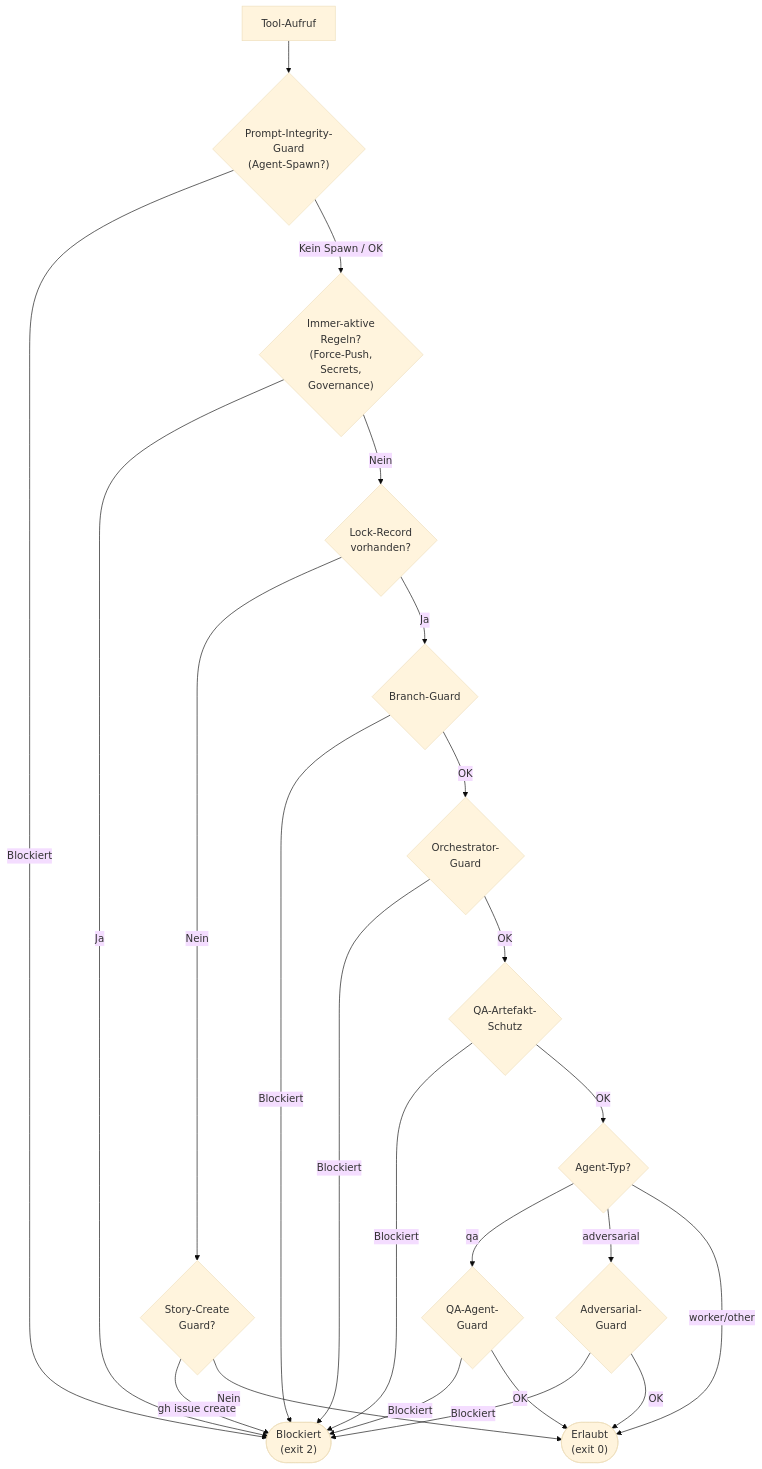
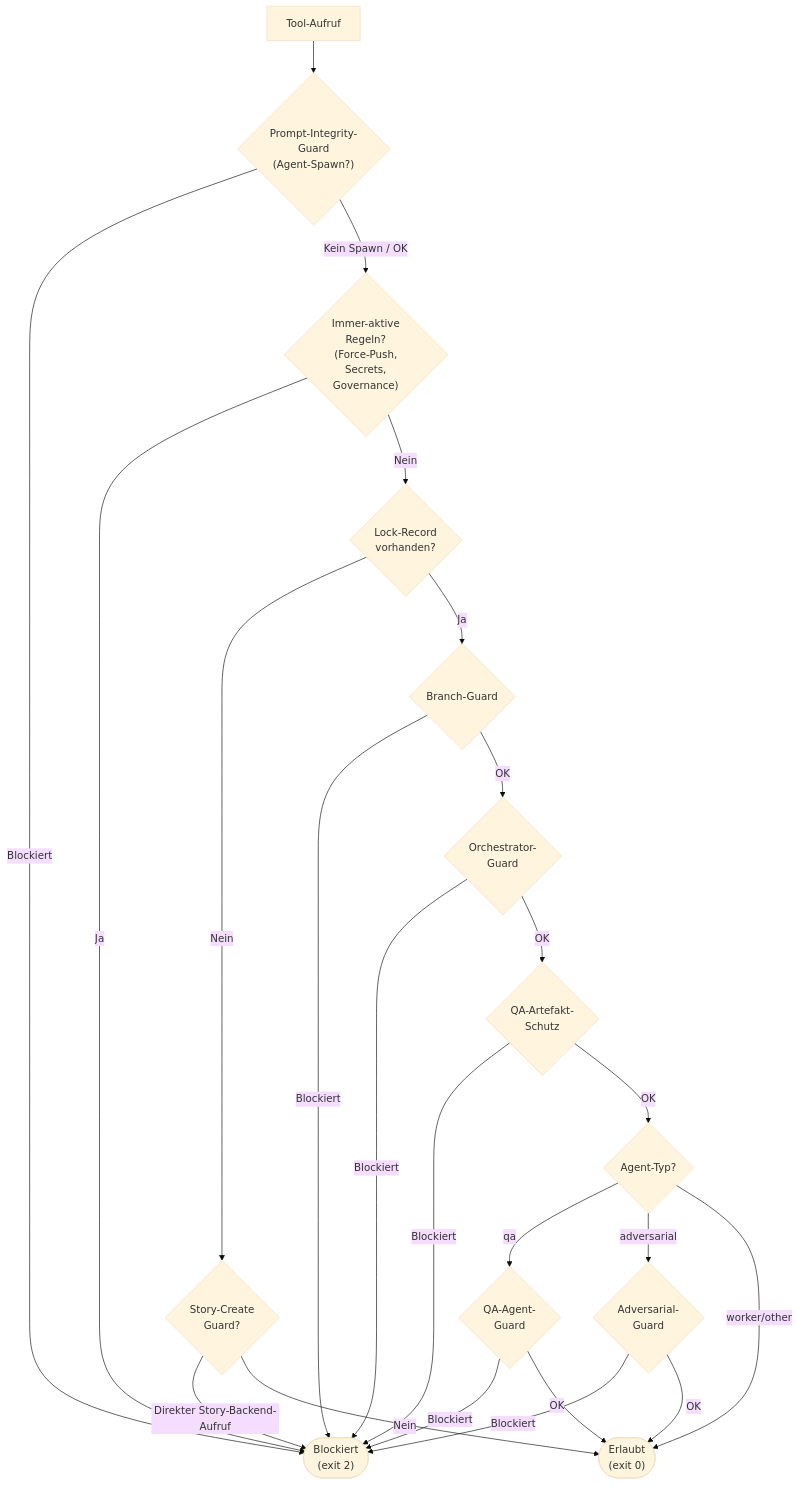
The diagram in concept/technical-design/31_branch_guard_orchestrator_guard_artefaktschutz.md (saltenhof/claude-agentkit3), drawn with Mermaid (base theme) before and after one commit. The commit also changed other lines of this file and 32 other files, not shown here.

First line of the commit message:
Konzept-Cleanup: GitHub Issues und GraphQL komplett entfernen

````diff
--- a/concept/technical-design/31_branch_guard_orchestrator_guard_artefaktschutz.md
+++ b/concept/technical-design/31_branch_guard_orchestrator_guard_artefaktschutz.md
@@ -646,31 +643,31 @@
 ```mermaid
 flowchart TD
     CALL["Tool-Aufruf"] --> PROMPT_INT{"Prompt-Integrity-<br/>Guard<br/>(Agent-Spawn?)"}
 
     PROMPT_INT -->|"Blockiert"| BLOCK(["Blockiert<br/>(exit 2)"])
     PROMPT_INT -->|"Kein Spawn / OK"| ALWAYS{"Immer-aktive<br/>Regeln?<br/>(Force-Push,<br/>Secrets,<br/>Governance)"}
 
     ALWAYS -->|"Ja"| BLOCK
     ALWAYS -->|"Nein"| SPERR{"Lock-Record<br/>vorhanden?"}
 
     SPERR -->|"Nein"| STORY_CREATE{"Story-Create<br/>Guard?"}
-    STORY_CREATE -->|"gh issue create"| BLOCK
+    STORY_CREATE -->|"Direkter Story-Backend-Aufruf"| BLOCK
     STORY_CREATE -->|"Nein"| PASS(["Erlaubt<br/>(exit 0)"])
 
     SPERR -->|"Ja"| BRANCH{"Branch-Guard"}
     BRANCH -->|"Blockiert"| BLOCK
     BRANCH -->|"OK"| ORCH{"Orchestrator-<br/>Guard"}
     ORCH -->|"Blockiert"| BLOCK
     ORCH -->|"OK"| QA{"QA-Artefakt-<br/>Schutz"}
     QA -->|"Blockiert"| BLOCK
     QA -->|"OK"| AGENT_TYPE{"Agent-Typ?"}
 
     AGENT_TYPE -->|"qa"| QA_GUARD{"QA-Agent-<br/>Guard"}
     AGENT_TYPE -->|"adversarial"| ADV_GUARD{"Adversarial-<br/>Guard"}
     AGENT_TYPE -->|"worker/other"| PASS
 
     QA_GUARD -->|"Blockiert"| BLOCK
     QA_GUARD -->|"OK"| PASS
     ADV_GUARD -->|"Blockiert"| BLOCK
     ADV_GUARD -->|"OK"| PASS
 ```
````
